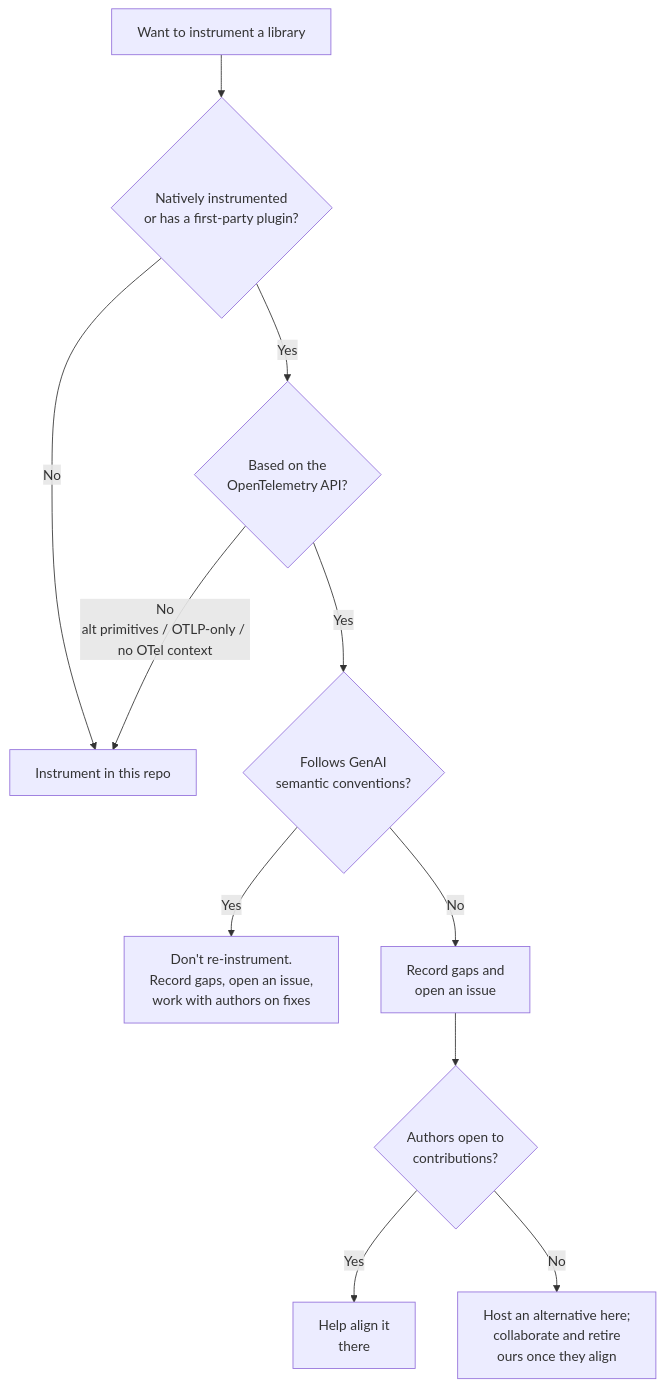
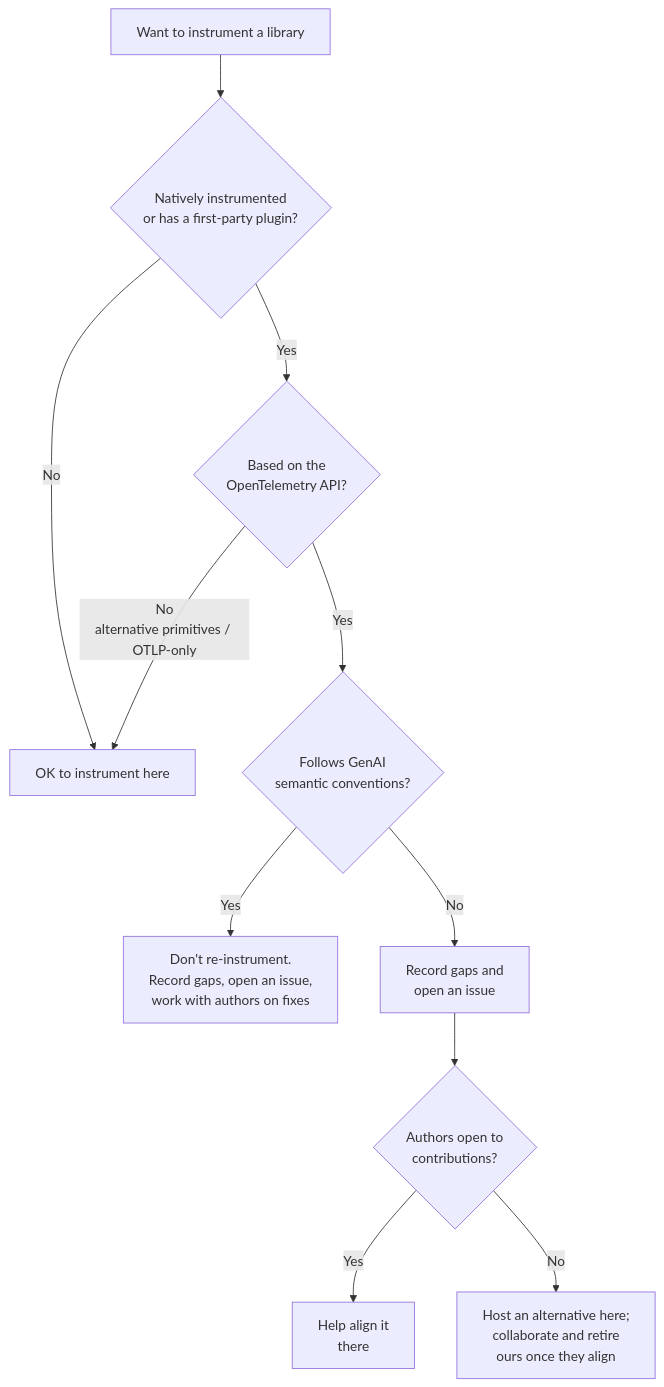
One commit to open-telemetry/opentelemetry-python-genai changed the diagram in CONTRIBUTING.md. Above: the diagram before and after it, drawn with Mermaid. The commit also changed other lines of this file and 2 other files, not shown here.

````diff
--- a/CONTRIBUTING.md
+++ b/CONTRIBUTING.md
@@ -179,13 +181,13 @@
 ```mermaid
 flowchart TD
     A[Want to instrument a library] --> B{Natively instrumented<br/>or has a first-party plugin?}
-    B -->|No| P[Instrument in this repo]
+    B -->|No| P[OK to instrument here]
     B -->|Yes| C{Based on the<br/>OpenTelemetry API?}
-    C -->|No<br/>alt primitives / OTLP-only / no OTel context| P
+    C -->|No<br/>alternative primitives / OTLP-only | P
     C -->|Yes| D{Follows GenAI<br/>semantic conventions?}
     D -->|Yes| E[Don't re-instrument.<br/>Record gaps, open an issue,<br/>work with authors on fixes]
     D -->|No| F[Record gaps and<br/>open an issue]
     F --> G{Authors open to<br/>contributions?}
     G -->|Yes| H[Help align it<br/>there]
     G -->|No| I[Host an alternative here;<br/>collaborate and retire<br/>ours once they align]
 ```
````
